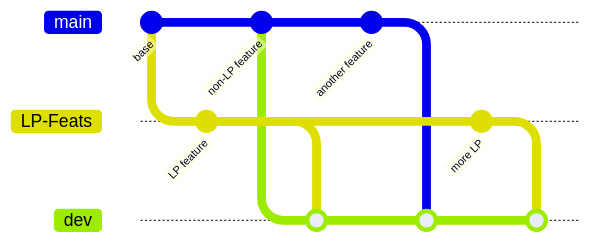
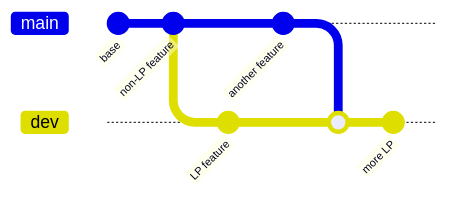
One commit to ArhamKhurram/Onchain-Tools changed the diagram in docs/src/content/docs/contributing/branching.md. Above: the diagram before and after it, drawn with Mermaid. The commit also changed other lines of this file and 6 other files, not shown here.

First line of the commit message:
docs: retire the LP-Feats branch from the topology

````diff
--- a/docs/src/content/docs/contributing/branching.md
+++ b/docs/src/content/docs/contributing/branching.md
@@ -12,18 +12,12 @@
 ```mermaid
 gitGraph
   commit id: "base"
-  branch LP-Feats
-  commit id: "LP feature"
-  checkout main
   commit id: "non-LP feature"
   branch dev
-  merge LP-Feats
+  commit id: "LP feature"
   checkout main
   commit id: "another feature"
   checkout dev
   merge main
-  checkout LP-Feats
   commit id: "more LP"
-  checkout dev
-  merge LP-Feats
 ```
````
